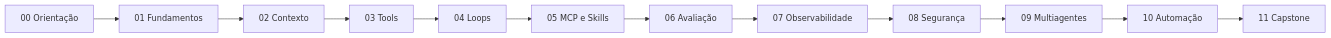
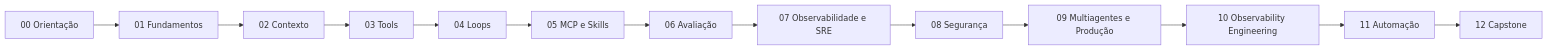
One commit to matheusflorindo32/nexus-agent-engineering-academy changed the diagram in course/README.md. Above: the diagram before and after it, drawn with Mermaid. The commit also changed other lines of this file, not shown here.

````diff
--- a/course/README.md
+++ b/course/README.md
@@ -12,14 +12,15 @@
 ```mermaid
 flowchart LR
     M00[00 Orientação] --> M01[01 Fundamentos]
     M01 --> M02[02 Contexto]
     M02 --> M03[03 Tools]
     M03 --> M04[04 Loops]
     M04 --> M05[05 MCP e Skills]
     M05 --> M06[06 Avaliação]
-    M06 --> M07[07 Observabilidade]
+    M06 --> M07[07 Observabilidade e SRE]
     M07 --> M08[08 Segurança]
-    M08 --> M09[09 Multiagentes]
-    M09 --> M10[10 Automação]
-    M10 --> M11[11 Capstone]
+    M08 --> M09[09 Multiagentes e Produção]
+    M09 --> M10[10 Observability Engineering]
+    M10 --> M11[11 Automação]
+    M11 --> M12[12 Capstone]
 ```
````
